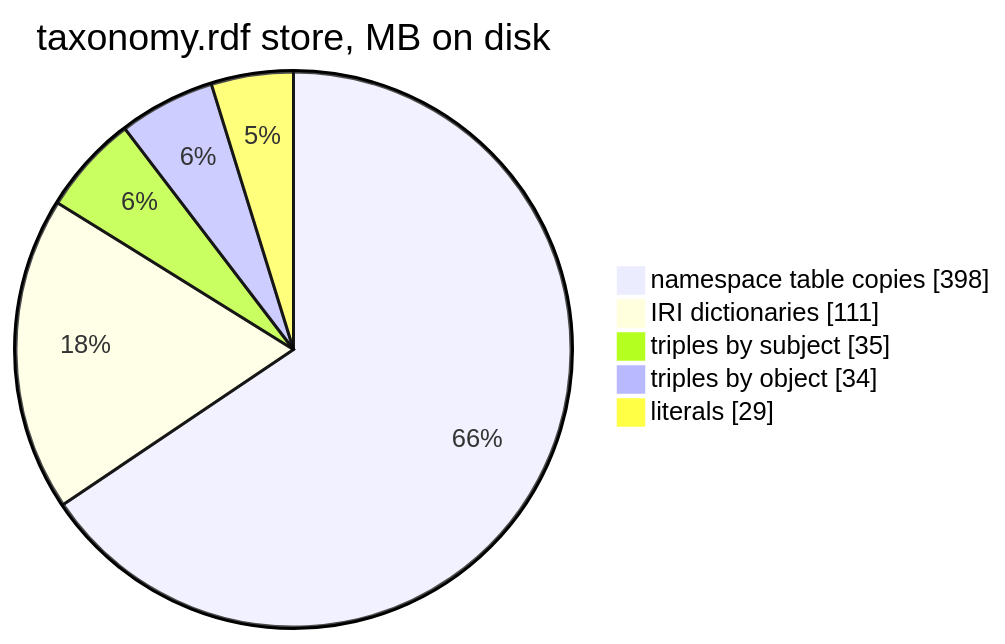
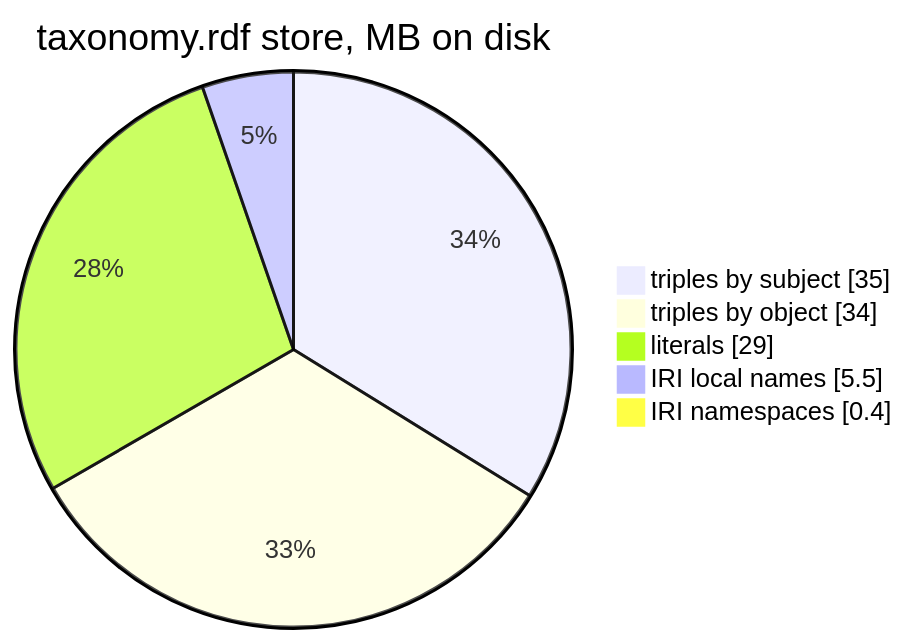
One commit to JervenBolleman/sparql-readonly changed the fifth of 5 diagrams in docs/storage.md. Above: the diagram before and after it, drawn with Mermaid. The commit also changed other lines of this file and 11 other files, not shown here.

````diff
--- a/docs/storage.md
+++ b/docs/storage.md
@@ -132,9 +141,9 @@
 ```mermaid
 pie showData
     title taxonomy.rdf store, MB on disk
-    "namespace table copies" : 398
-    "IRI dictionaries" : 111
     "triples by subject" : 35
     "triples by object" : 34
     "literals" : 29
+    "IRI local names" : 5.5
+    "IRI namespaces" : 0.4
 ```
````
